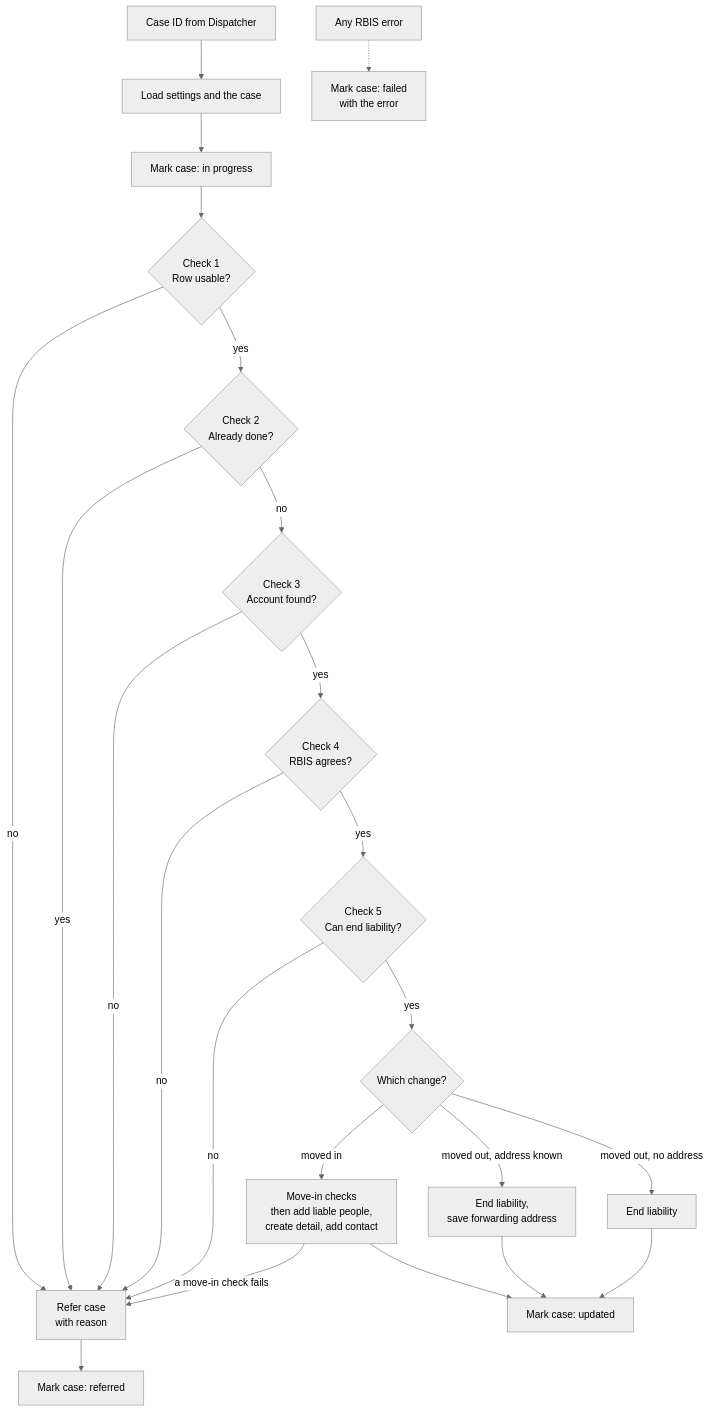
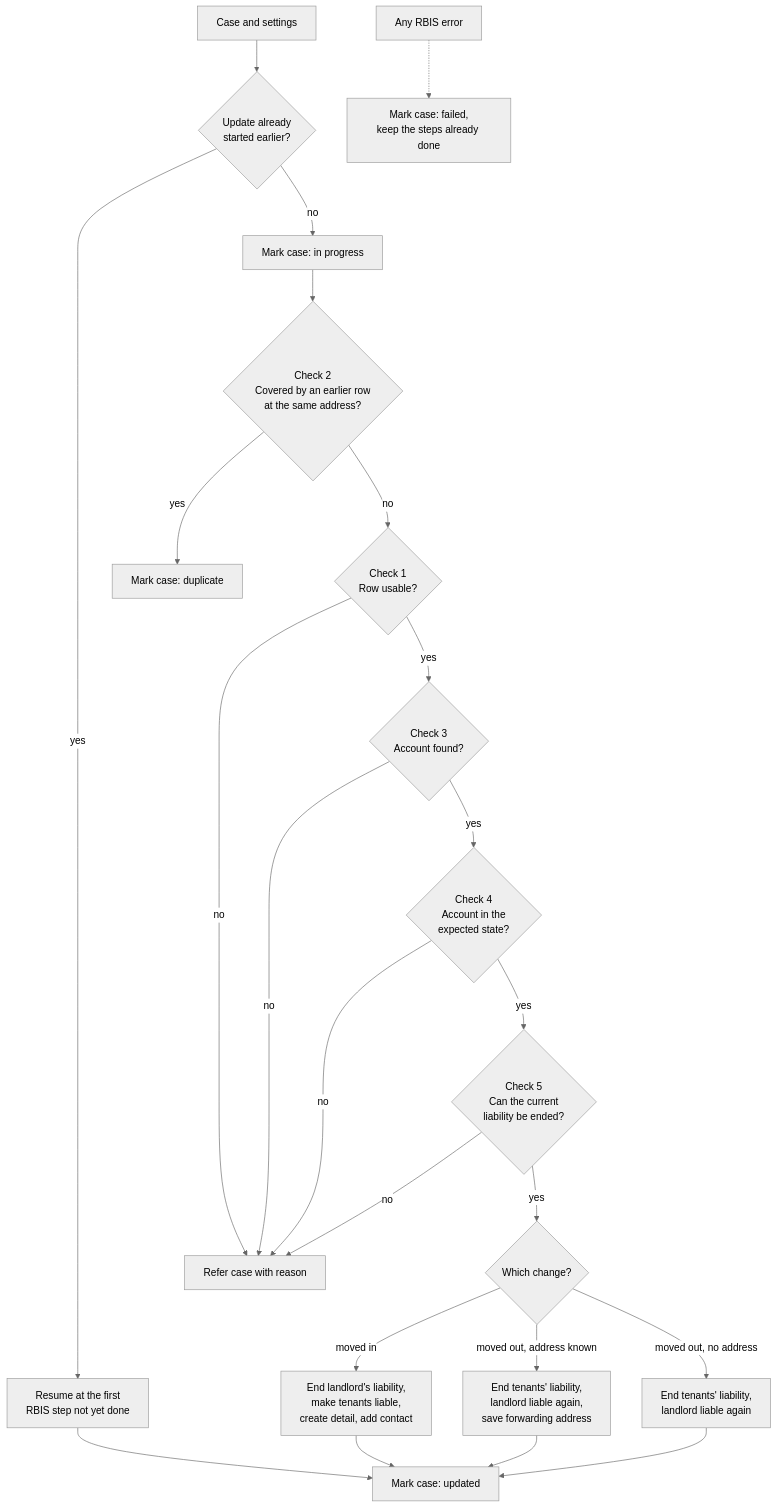
Before and after one commit to sgshaji/n8n-builder: the third of 5 diagrams in docs/design/HARSLL-n8n-design.md, drawn with Mermaid (neutral theme). The commit also changed other lines of this file and 3 other files, not shown here.

````diff
--- a/docs/design/HARSLL-n8n-design.md
+++ b/docs/design/HARSLL-n8n-design.md
@@ -126,25 +183,25 @@
 ```mermaid
 flowchart TD
-    IN[Case ID from Dispatcher] --> L[Load settings and the case]
-    L --> MP[Mark case: in progress]
-    MP --> C1{Check 1<br/>Row usable?}
-    C1 -- no --> REF[Refer case<br/>with reason]
-    C1 -- yes --> C2{Check 2<br/>Already done?}
-    C2 -- yes --> REF
-    C2 -- no --> C3{Check 3<br/>Account found?}
+    IN[Case and settings] --> RS{Update already<br/>started earlier?}
+    RS -- yes --> RES[Resume at the first<br/>RBIS step not yet done]
+    RS -- no --> MP[Mark case: in progress]
+    MP --> C2{Check 2<br/>Covered by an earlier row<br/>at the same address?}
+    C2 -- yes --> DUP[Mark case: duplicate]
+    C2 -- no --> C1{Check 1<br/>Row usable?}
+    C1 -- no --> REF[Refer case with reason]
+    C1 -- yes --> C3{Check 3<br/>Account found?}
     C3 -- no --> REF
-    C3 -- yes --> C4{Check 4<br/>RBIS agrees?}
+    C3 -- yes --> C4{Check 4<br/>Account in the<br/>expected state?}
     C4 -- no --> REF
-    C4 -- yes --> C5{Check 5<br/>Can end liability?}
+    C4 -- yes --> C5{Check 5<br/>Can the current<br/>liability be ended?}
     C5 -- no --> REF
     C5 -- yes --> W{Which change?}
-    W -- moved in --> MI[Move-in checks<br/>then add liable people,<br/>create detail, add contact]
-    W -- moved out, address known --> MO1[End liability,<br/>save forwarding address]
-    W -- moved out, no address --> MO2[End liability]
-    MI -- a move-in check fails --> REF
+    W -- moved in --> MI[End landlord's liability,<br/>make tenants liable,<br/>create detail, add contact]
+    W -- moved out, address known --> MO1[End tenants' liability,<br/>landlord liable again,<br/>save forwarding address]
+    W -- moved out, no address --> MO2[End tenants' liability,<br/>landlord liable again]
+    RES --> UP
     MI --> UP[Mark case: updated]
     MO1 --> UP
     MO2 --> UP
-    REF --> DONE[Mark case: referred]
-    X[Any RBIS error] -.-> FL[Mark case: failed<br/>with the error]
+    X[Any RBIS error] -.-> FL[Mark case: failed,<br/>keep the steps already done]
 ```
````
